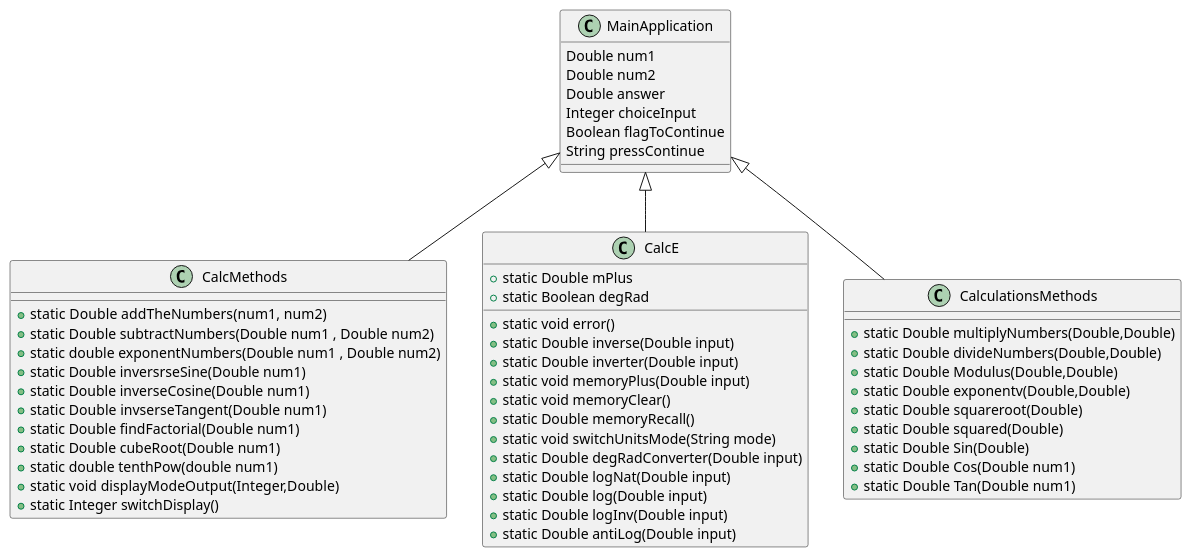
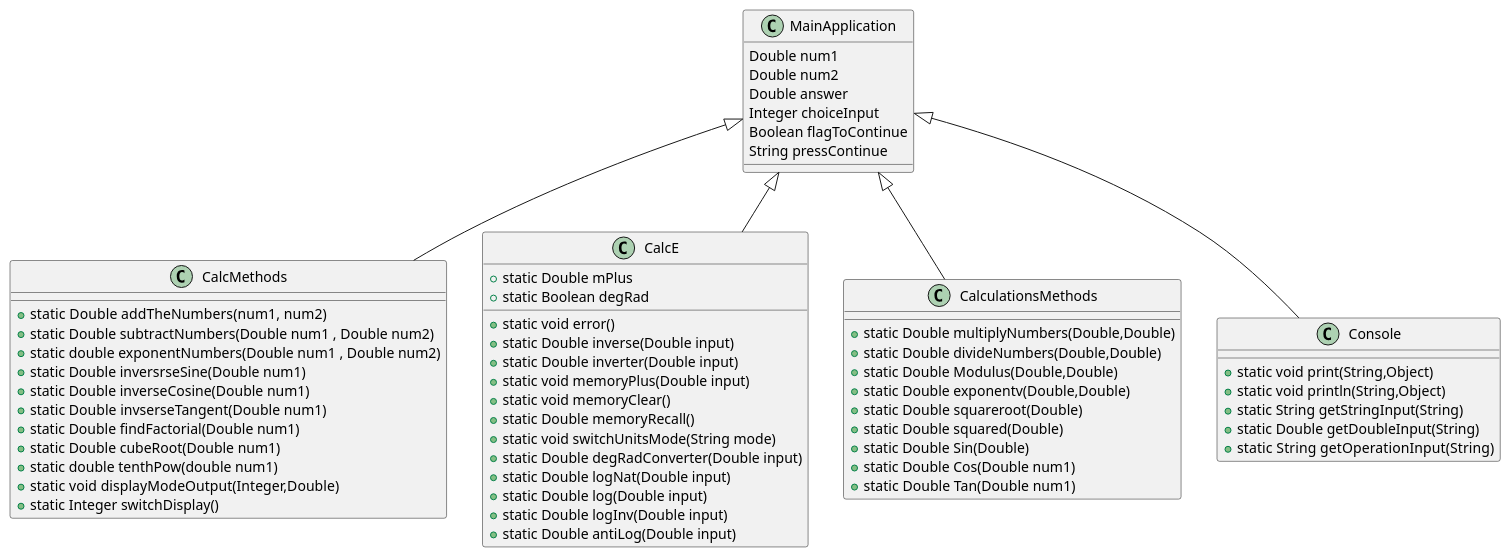
The diagram in src/main/java/com/zipcodewilmington/scientificcalculator/Sci-Calc UML.puml (pandyagunjan/scientific-calculator), drawn with PlantUML before and after one commit. The commit also changed other lines of this file, not shown here.

Commit message:
Final For Really Real

```diff
--- a/src/main/java/com/zipcodewilmington/scientificcalculator/Sci-Calc UML.puml
+++ b/src/main/java/com/zipcodewilmington/scientificcalculator/Sci-Calc UML.puml
@@ -1,50 +1,57 @@
 @startuml
 class MainApplication {
         Double num1
         Double num2
         Double answer
         Integer choiceInput
         Boolean flagToContinue
         String pressContinue
         }
  class CalcMethods extends MainApplication{
     +static Double addTheNumbers(num1,  num2)
     +static Double subtractNumbers(Double num1 , Double num2)
     +static double exponentNumbers(Double num1 , Double num2)
     +static Double inversrseSine(Double num1)
     +static Double inverseCosine(Double num1)
     +static Double invserseTangent(Double num1)
     +static Double findFactorial(Double num1)
     +static Double cubeRoot(Double num1)
     +static double tenthPow(double num1)
     +static void displayModeOutput(Integer,Double)
     +static Integer switchDisplay()
 }
  class CalcE extends MainApplication{
     +static Double mPlus
     +static Boolean degRad
     +static void error()
     +static Double inverse(Double input)
     +static Double inverter(Double input)
     +static void memoryPlus(Double input)
     +static void memoryClear()
     +static Double memoryRecall()
     +static void switchUnitsMode(String mode)
     +static Double degRadConverter(Double input)
     +static Double logNat(Double input)
     +static Double log(Double input)
     +static Double logInv(Double input)
    +static Double antiLog(Double input)
 }
      class CalculationsMethods extends MainApplication {
         +static Double multiplyNumbers(Double,Double)
         +static Double divideNumbers(Double,Double)
         +static Double Modulus(Double,Double)
         +static Double exponentv(Double,Double)
         +static Double squareroot(Double)
         +static Double squared(Double)
         +static Double Sin(Double)
         +static Double Cos(Double num1)
         +static Double Tan(Double num1)
 }
+class Console extends MainApplication {
+   +static void print(String,Object)
+    +static void println(String,Object)
+    +static String getStringInput(String)
+    +static Double getDoubleInput(String)
+    +static  String getOperationInput(String)
+}
 @enduml
```
